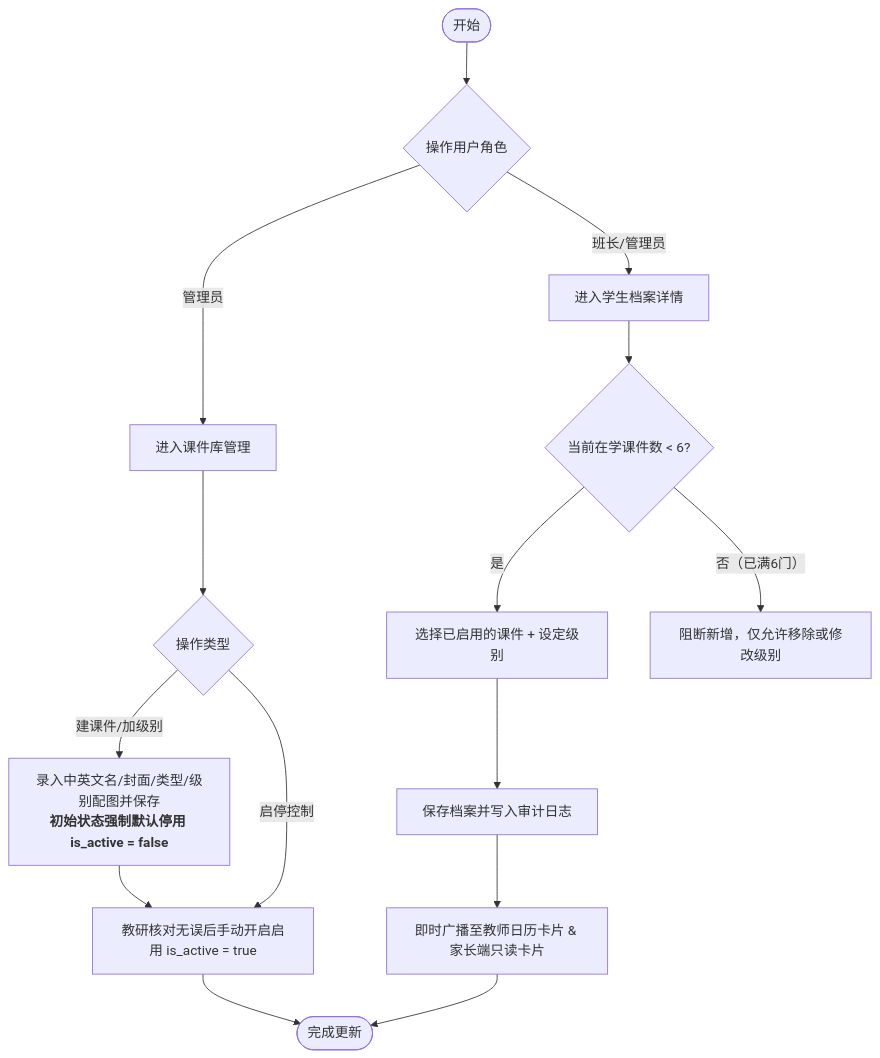
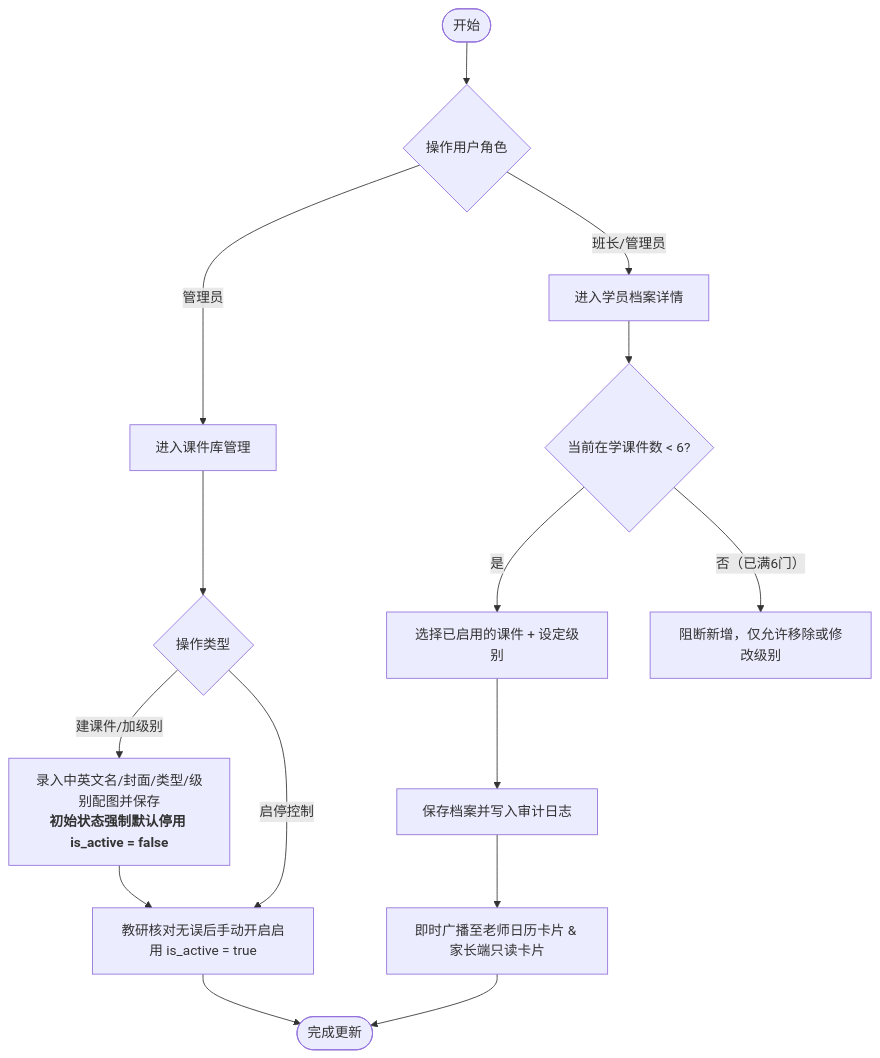
Before and after one commit to Onezao/dream: the fourth of 4 diagrams in docs/prd/m1e_courseware.md, drawn with Mermaid. The commit also changed other lines of this file and 37 other files, not shown here.

````diff
--- a/docs/prd/m1e_courseware.md
+++ b/docs/prd/m1e_courseware.md
@@ -246,20 +246,20 @@
 ```mermaid
 flowchart TD
     Start([开始]) --> RoleCheck{操作用户角色}
     
     RoleCheck -->|管理员| ManageMaster[进入课件库管理]
     ManageMaster --> MasterOp{操作类型}
     MasterOp -->|建课件/加级别| SaveMaster[录入中英文名/封面/类型/级别配图并保存<br/><b>初始状态强制默认停用 is_active = false</b>]
     SaveMaster --> ToggleMaster[教研核对无误后手动开启启用 is_active = true]
     MasterOp -->|启停控制| ToggleMaster
     
-    RoleCheck -->|班长/管理员| ConfigStudent[进入学生档案详情]
+    RoleCheck -->|班长/管理员| ConfigStudent[进入学员档案详情]
     ConfigStudent --> CheckLimit{当前在学课件数 < 6?}
     CheckLimit -->|是| AddOrUpdate[选择已启用的课件 + 设定级别]
     CheckLimit -->|否（已满6门）| BlockAdd[阻断新增，仅允许移除或修改级别]
     AddOrUpdate --> SaveProfile[保存档案并写入审计日志]
     
     ToggleMaster --> EndFlow([完成更新])
-    SaveProfile --> SyncDownstream[即时广播至教师日历卡片 & 家长端只读卡片]
+    SaveProfile --> SyncDownstream[即时广播至老师日历卡片 & 家长端只读卡片]
     SyncDownstream --> EndFlow
 ```
````
